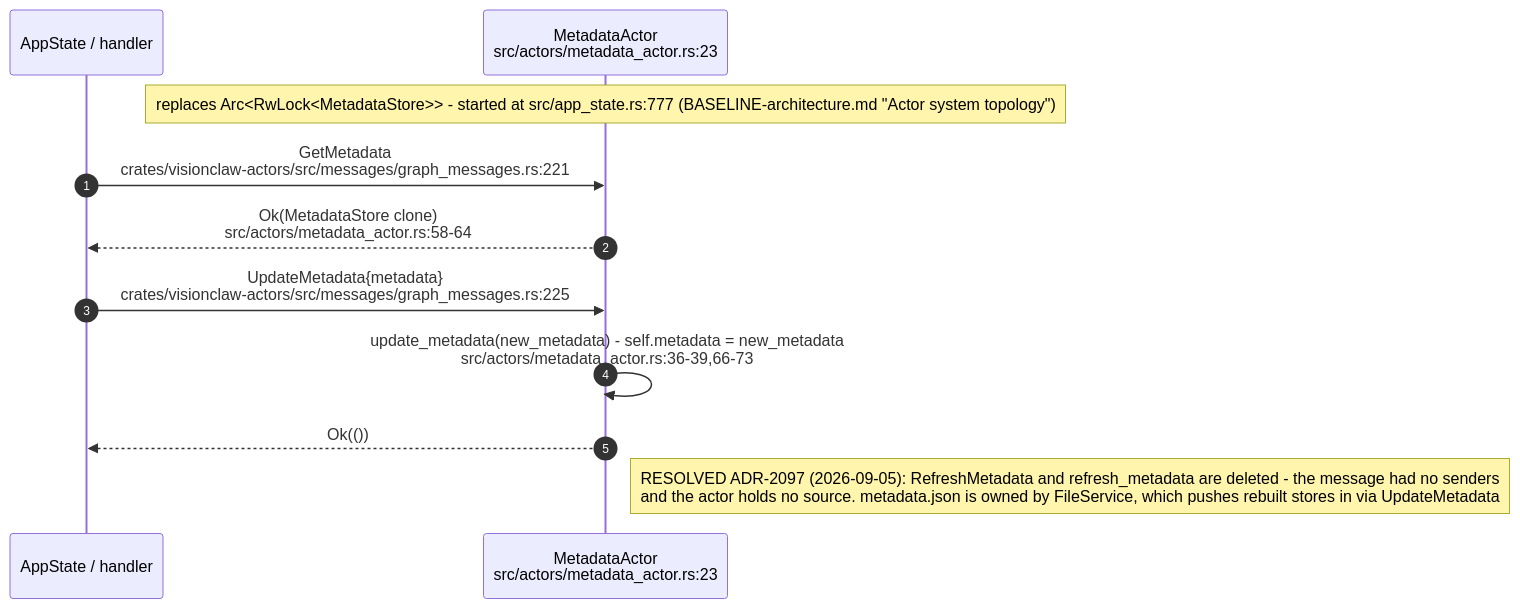
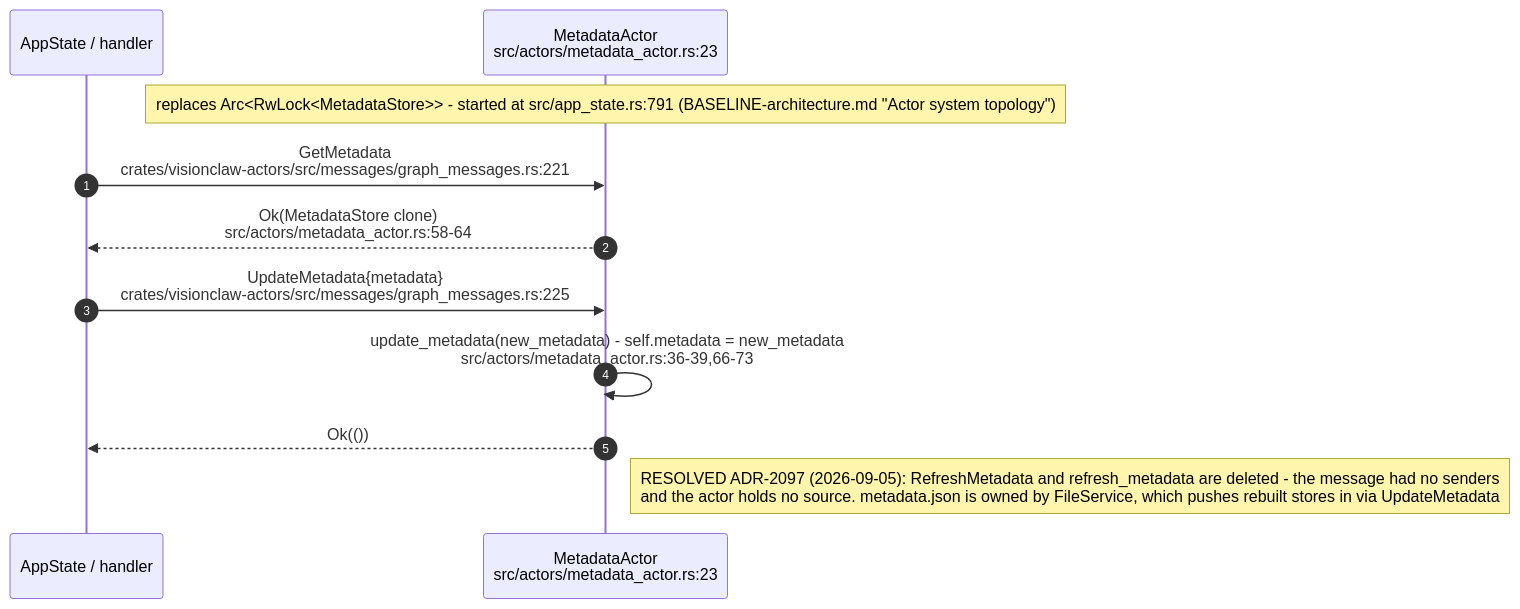
One commit to DreamLab-AI/VisionFlow changed the tenth of 11 diagrams in docs/diagrams/visionclaw/25-insight-kpi-nlq-semantics.md. Above: the diagram before and after it, drawn with Mermaid. The commit also changed other lines of this file and 173 other files, not shown here.

````diff
--- a/docs/diagrams/visionclaw/25-insight-kpi-nlq-semantics.md
+++ b/docs/diagrams/visionclaw/25-insight-kpi-nlq-semantics.md
@@ -419,14 +422,14 @@
 ```mermaid
 sequenceDiagram
     autonumber
     participant Caller as AppState / handler
     participant MA as MetadataActor<br/>src/actors/metadata_actor.rs:23
 
-    Note over MA: replaces Arc<RwLock<MetadataStore>> - started at src/app_state.rs:777 (BASELINE-architecture.md "Actor system topology")
+    Note over MA: replaces Arc<RwLock<MetadataStore>> - started at src/app_state.rs:791 (BASELINE-architecture.md "Actor system topology")
     Caller->>MA: GetMetadata<br/>crates/visionclaw-actors/src/messages/graph_messages.rs:221
     MA-->>Caller: Ok(MetadataStore clone)<br/>src/actors/metadata_actor.rs:58-64
     Caller->>MA: UpdateMetadata{metadata}<br/>crates/visionclaw-actors/src/messages/graph_messages.rs:225
     MA->>MA: update_metadata(new_metadata) - self.metadata = new_metadata<br/>src/actors/metadata_actor.rs:36-39,66-73
     MA-->>Caller: Ok(())
     Note right of MA: RESOLVED ADR-2097 (2026-09-05): RefreshMetadata and refresh_metadata are deleted - the message had no senders<br/>and the actor holds no source. metadata.json is owned by FileService, which pushes rebuilt stores in via UpdateMetadata
 ```
````
